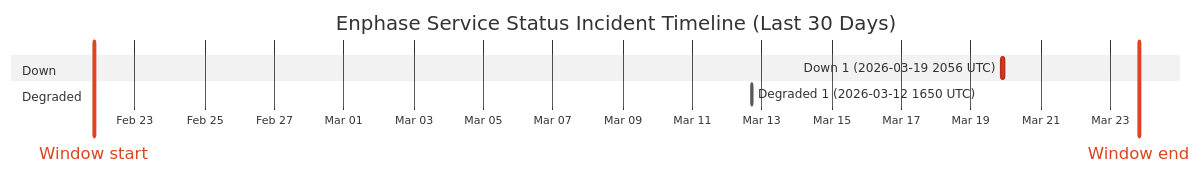
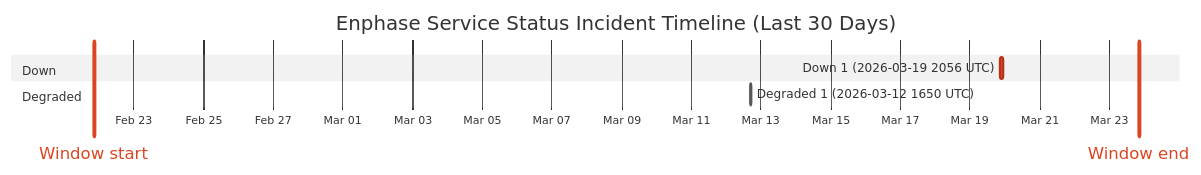
The diagram in wiki/Service-Status-History.md (barneyonline/ha-enphase-ev-charger), drawn with Mermaid (neutral theme) before and after one commit. The commit also changed other lines of this file and 3 other files, not shown here.

````diff
--- a/wiki/Service-Status-History.md
+++ b/wiki/Service-Status-History.md
@@ -14,12 +14,12 @@
 ```mermaid
 gantt
     title Enphase Service Status Incident Timeline (Last 30 Days)
     dateFormat  YYYY-MM-DDTHH:mm:ss
     axisFormat  %b %d
-    Window start :vert, window-start, 2026-02-21T19:41:11, 0ms
-    Window end :vert, window-end, 2026-03-23T19:41:11, 0ms
+    Window start :vert, window-start, 2026-02-21T20:29:34, 0ms
+    Window end :vert, window-end, 2026-03-23T20:29:34, 0ms
     section Down
     Down 1 (2026-03-19 2056 UTC) :crit, down-1, 2026-03-19T20:56:20, 145m
     section Degraded
     Degraded 1 (2026-03-12 1650 UTC) :active, degraded-1, 2026-03-12T16:50:43, 60m
 ```
````
